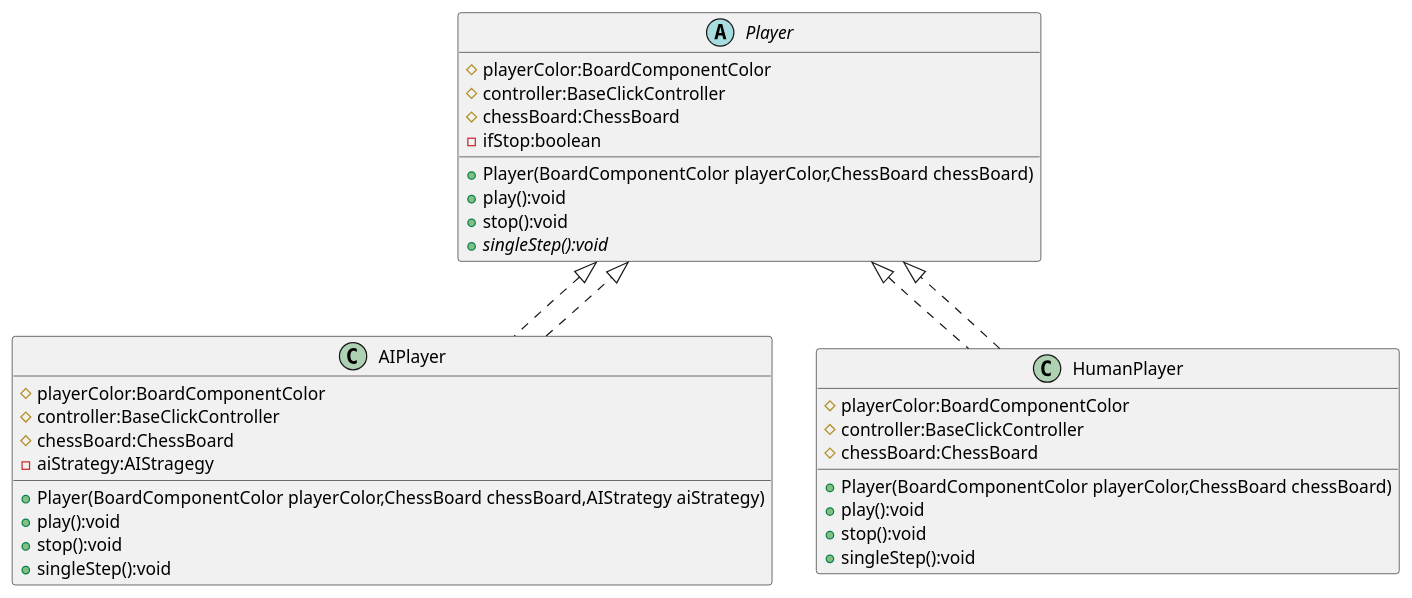
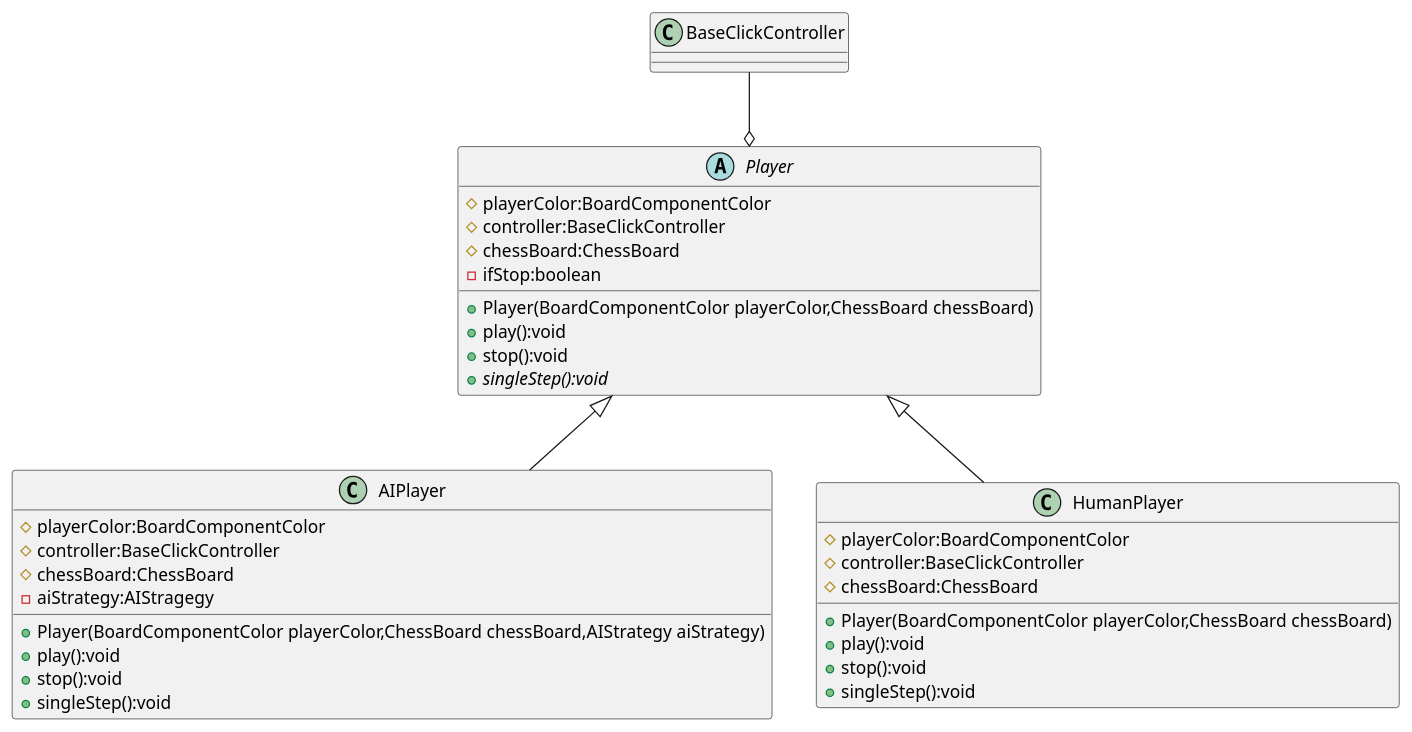
The diagram in uml/Player.puml (CNCSMonster/AppleChess), drawn with PlantUML before and after one commit. The commit also changed 6 other files, not shown here.

Commit message:
完善Player类图

```diff
--- a/uml/Player.puml
+++ b/uml/Player.puml
@@ -1,48 +1,55 @@
 @startuml
+
+
+class BaseClickController{
+
+}
 
 abstract class Player{
     #playerColor:BoardComponentColor
     #controller:BaseClickController
     #chessBoard:ChessBoard
     -ifStop:boolean
 
 '构造器不能是抽象的.但是抽象类的构造器要么在定义匿名内部类的时候使用，要么被子类的构造器覆盖后才能使用
     +Player(BoardComponentColor playerColor,ChessBoard chessBoard)
     +play():void
     +stop():void
     +{abstract}singleStep():void
 
 }
 
 class AIPlayer{
     #playerColor:BoardComponentColor
     #controller:BaseClickController
     #chessBoard:ChessBoard
     -aiStrategy:AIStragegy
 
 
     +Player(BoardComponentColor playerColor,ChessBoard chessBoard,AIStrategy aiStrategy)
     +play():void
     +stop():void
     +singleStep():void
 }
 class HumanPlayer{
     #playerColor:BoardComponentColor
     #controller:BaseClickController
     #chessBoard:ChessBoard
 
 
     +Player(BoardComponentColor playerColor,ChessBoard chessBoard)
     +play():void
     +stop():void
     +singleStep():void
 }
 
-AIPlayer ..|>Player
-HumanPlayer..|>Player
+' BaseClickController和Player之间有组合关联关系，
+' BaseClickController是Player的部分，部分离开整体可以存在
+BaseClickController --o Player
 
-Player<|..AIPlayer
-Player<|..HumanPlayer
+Player<|--AIPlayer
+Player<|--HumanPlayer
+
 
 
 @enduml
```
